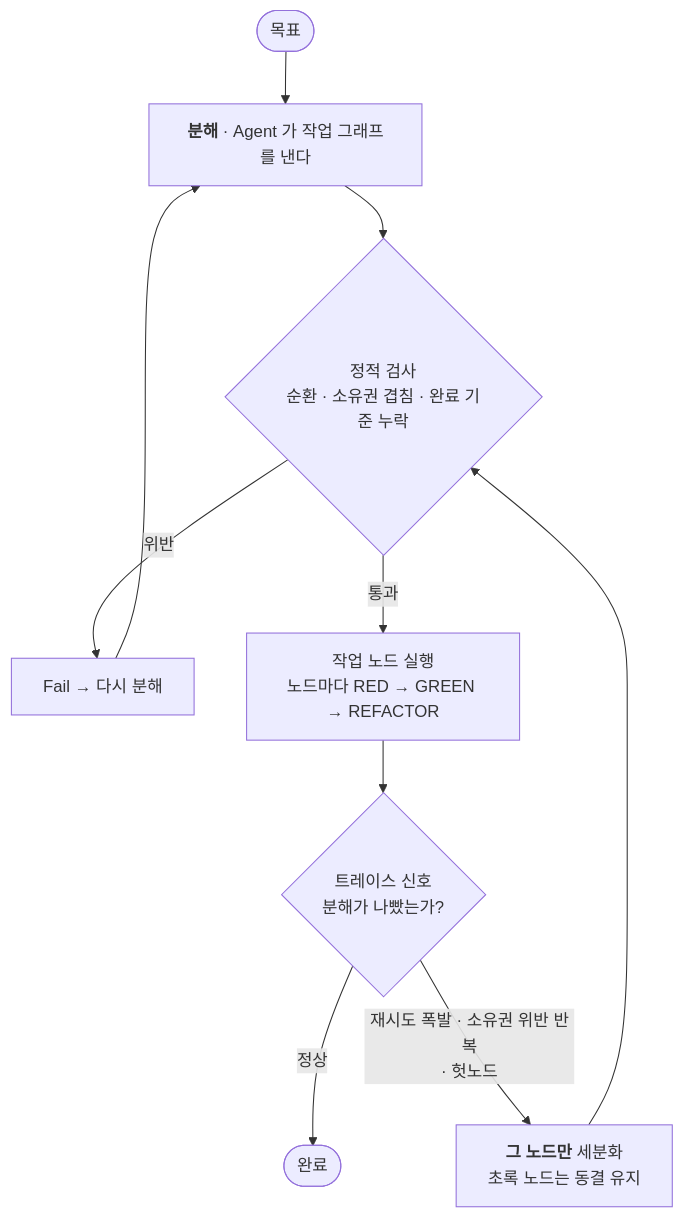
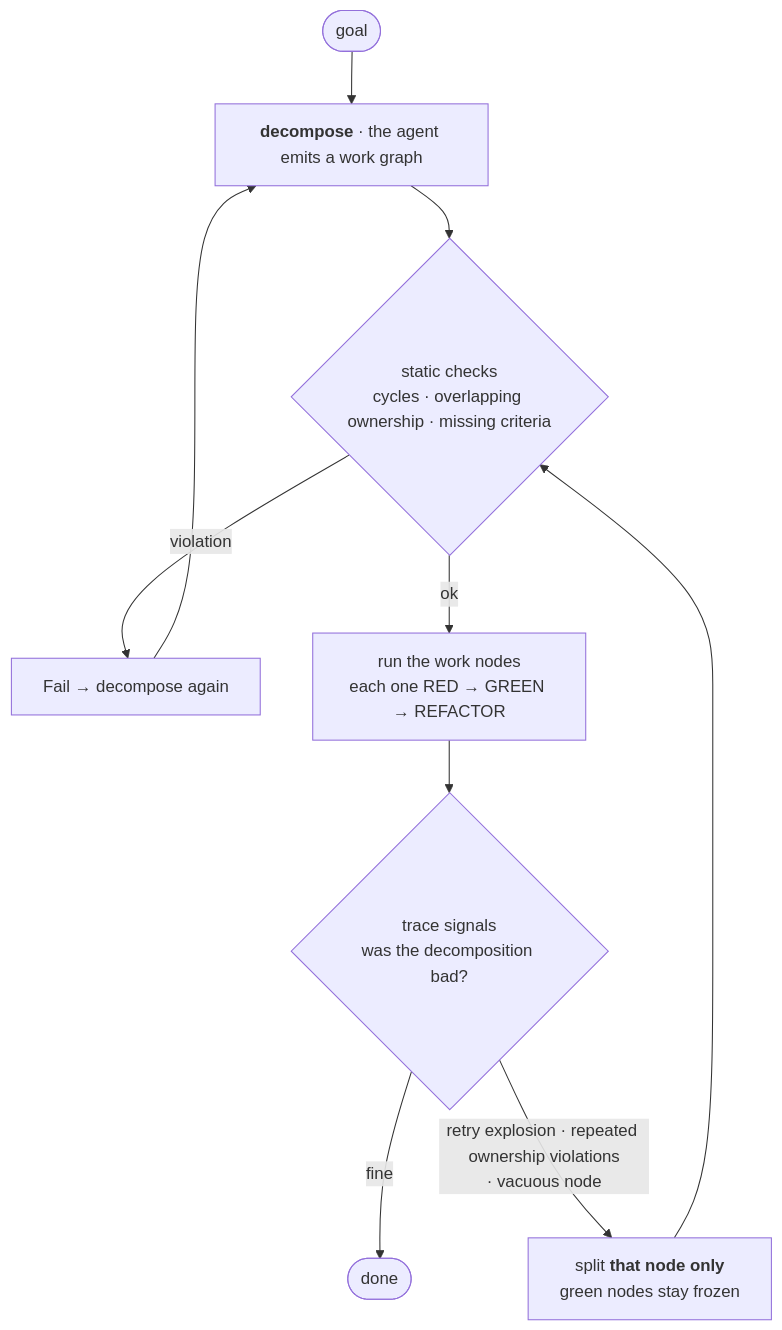
The second of 11 diagrams in docs/ARCHITECTURE.md (SeoBYP/GameDev-AgentLoop), drawn with Mermaid before and after one commit. The commit also changed other lines of this file and 21 other files, not shown here.

First line of the commit message:
오픈소스화 3단계 — 런타임 출력 영어 통일 + ARCHITECTURE 영어판

````diff
--- a/docs/ARCHITECTURE.md
+++ b/docs/ARCHITECTURE.md
@@ -80,10 +83,10 @@
 ```mermaid
 flowchart TB
-    G([목표]) --> P["<b>분해</b> · Agent 가 작업 그래프를 낸다"]
-    P --> PC{"정적 검사<br/>순환 · 소유권 겹침 · 완료 기준 누락"}
-    PC -->|"위반"| PF["Fail → 다시 분해"] --> P
-    PC -->|"통과"| EX["작업 노드 실행<br/>노드마다 RED → GREEN → REFACTOR"]
-    EX --> S{"트레이스 신호<br/>분해가 나빴는가?"}
-    S -->|"정상"| D([완료])
-    S -->|"재시도 폭발 · 소유권 위반 반복<br/>· 헛노드"| RP["<b>그 노드만</b> 세분화<br/>초록 노드는 동결 유지"] --> PC
+    G([goal]) --> P["<b>decompose</b> · the agent emits a work graph"]
+    P --> PC{"static checks<br/>cycles · overlapping ownership · missing criteria"}
+    PC -->|"violation"| PF["Fail → decompose again"] --> P
+    PC -->|"ok"| EX["run the work nodes<br/>each one RED → GREEN → REFACTOR"]
+    EX --> S{"trace signals<br/>was the decomposition bad?"}
+    S -->|"fine"| D([done])
+    S -->|"retry explosion · repeated ownership violations<br/>· vacuous node"| RP["split <b>that node only</b><br/>green nodes stay frozen"] --> PC
 ```
````
